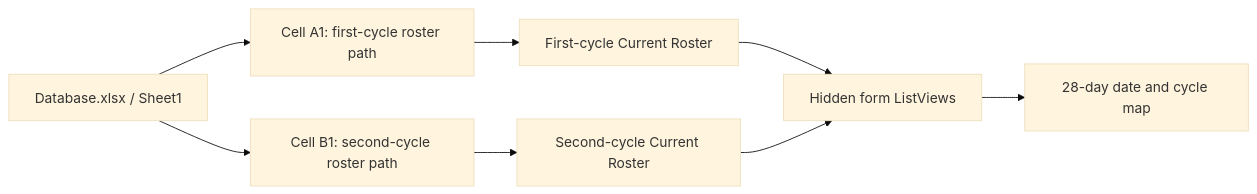
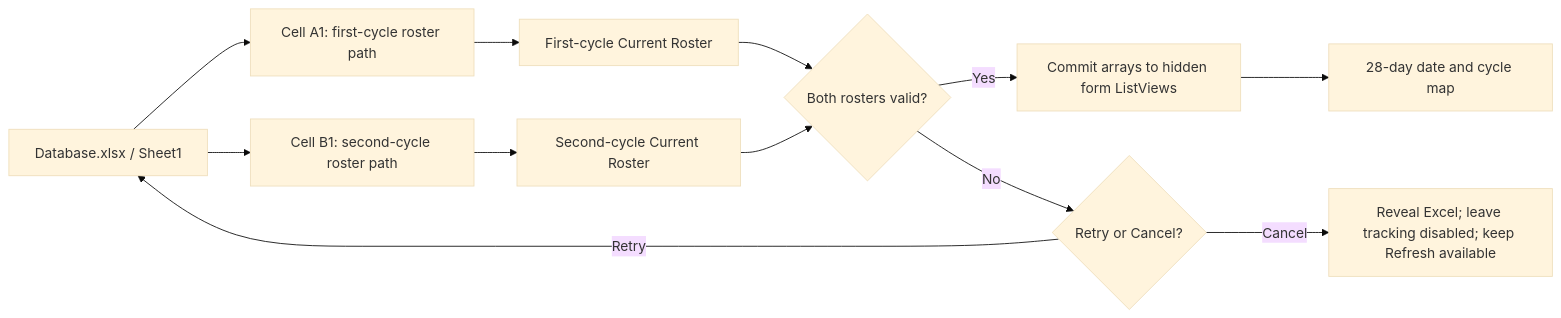
The second of 5 diagrams in RFA/VBA_DOCUMENTATION.md (moonstarph23/Common-Script), drawn with Mermaid (base theme) before and after one commit. The commit also changed other lines of this file and 2 other files, not shown here.

````diff
--- a/RFA/VBA_DOCUMENTATION.md
+++ b/RFA/VBA_DOCUMENTATION.md
@@ -57,10 +58,14 @@
 ```mermaid
 flowchart LR
     Config["Database.xlsx / Sheet1"] --> P1["Cell A1: first-cycle roster path"]
     Config --> P2["Cell B1: second-cycle roster path"]
     P1 --> R1["First-cycle Current Roster"]
     P2 --> R2["Second-cycle Current Roster"]
-    R1 --> Memory["Hidden form ListViews"]
-    R2 --> Memory
+    R1 --> Validate{"Both rosters valid?"}
+    R2 --> Validate
+    Validate -->|Yes| Memory["Commit arrays to hidden form ListViews"]
+    Validate -->|No| Choice{"Retry or Cancel?"}
+    Choice -->|Retry| Config
+    Choice -->|Cancel| Disabled["Reveal Excel; leave tracking disabled; keep Refresh available"]
     Memory --> Map["28-day date and cycle map"]
 ```
````
